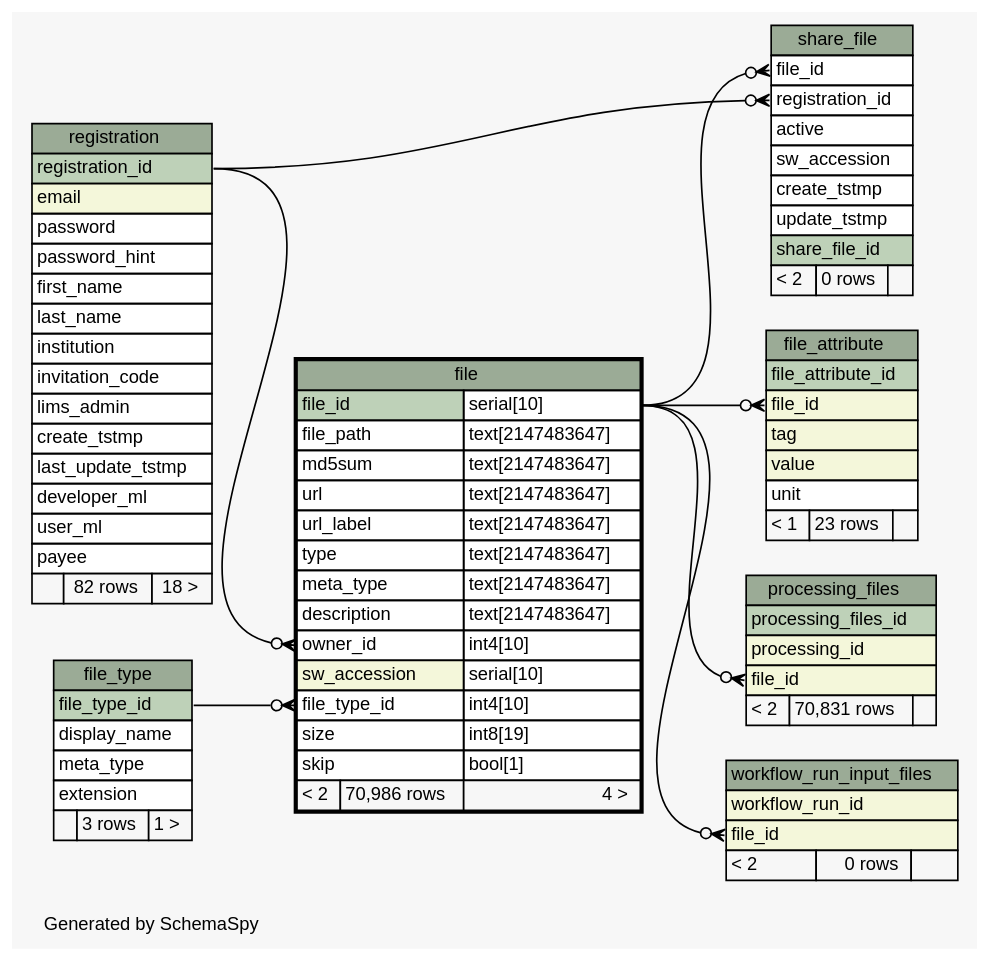
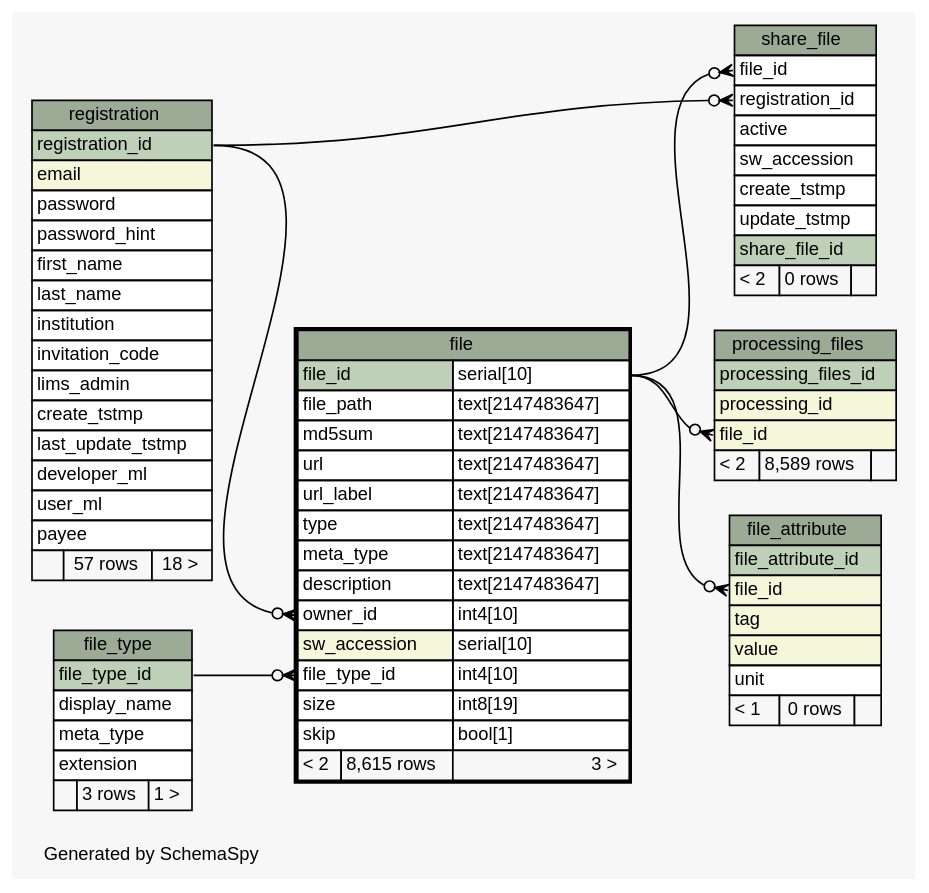
The diagram in metadb-schema/diagrams/file.1degree.dot (SeqWare/seqware.github.com), drawn with Graphviz before and after one commit. The commit also changed 376 other files, not shown here.

```diff
--- a/metadb-schema/diagrams/file.1degree.dot
+++ b/metadb-schema/diagrams/file.1degree.dot
@@ -1,140 +1,128 @@
-// dot 2.26.3 on Linux 3.5.0-47-generic
+// dot 2.32.0 on Mac OS X 10.8.3
 // SchemaSpy rev 590
 digraph "oneDegreeRelationshipsDiagram" {
   graph [
     rankdir="RL"
     bgcolor="#f7f7f7"
     label="\nGenerated by SchemaSpy"
     labeljust="l"
     nodesep="0.18"
     ranksep="0.46"
     fontname="Helvetica"
     fontsize="11"
   ];
   node [
     fontname="Helvetica"
     fontsize="11"
     shape="plaintext"
   ];
   edge [
     arrowsize="0.8"
   ];
   "file":"file_type_id":w -> "file_type":"file_type_id":e [arrowhead=none dir=back arrowtail=crowodot];
   "file":"owner_id":w -> "registration":"registration_id":e [arrowhead=none dir=back arrowtail=crowodot];
   "file_attribute":"file_id":w -> "file":"file_id.type":e [arrowhead=none dir=back arrowtail=crowodot];
   "processing_files":"file_id":w -> "file":"file_id.type":e [arrowhead=none dir=back arrowtail=crowodot];
   "share_file":"file_id":w -> "file":"file_id.type":e [arrowhead=none dir=back arrowtail=crowodot];
   "share_file":"registration_id":w -> "registration":"registration_id":e [arrowhead=none dir=back arrowtail=crowodot];
-  "workflow_run_input_files":"file_id":w -> "file":"file_id.type":e [arrowhead=none dir=back arrowtail=crowodot];
   "file" [
     label=<
     <TABLE BORDER="2" CELLBORDER="1" CELLSPACING="0" BGCOLOR="#ffffff">
       <TR><TD COLSPAN="3" BGCOLOR="#9bab96" ALIGN="CENTER">file</TD></TR>
       <TR><TD PORT="file_id" COLSPAN="2" BGCOLOR="#bed1b8" ALIGN="LEFT">file_id</TD><TD PORT="file_id.type" ALIGN="LEFT">serial[10]</TD></TR>
       <TR><TD PORT="file_path" COLSPAN="2" ALIGN="LEFT">file_path</TD><TD PORT="file_path.type" ALIGN="LEFT">text[2147483647]</TD></TR>
       <TR><TD PORT="md5sum" COLSPAN="2" ALIGN="LEFT">md5sum</TD><TD PORT="md5sum.type" ALIGN="LEFT">text[2147483647]</TD></TR>
       <TR><TD PORT="url" COLSPAN="2" ALIGN="LEFT">url</TD><TD PORT="url.type" ALIGN="LEFT">text[2147483647]</TD></TR>
       <TR><TD PORT="url_label" COLSPAN="2" ALIGN="LEFT">url_label</TD><TD PORT="url_label.type" ALIGN="LEFT">text[2147483647]</TD></TR>
       <TR><TD PORT="type" COLSPAN="2" ALIGN="LEFT">type</TD><TD PORT="type.type" ALIGN="LEFT">text[2147483647]</TD></TR>
       <TR><TD PORT="meta_type" COLSPAN="2" ALIGN="LEFT">meta_type</TD><TD PORT="meta_type.type" ALIGN="LEFT">text[2147483647]</TD></TR>
       <TR><TD PORT="description" COLSPAN="2" ALIGN="LEFT">description</TD><TD PORT="description.type" ALIGN="LEFT">text[2147483647]</TD></TR>
       <TR><TD PORT="owner_id" COLSPAN="2" ALIGN="LEFT">owner_id</TD><TD PORT="owner_id.type" ALIGN="LEFT">int4[10]</TD></TR>
       <TR><TD PORT="sw_accession" COLSPAN="2" BGCOLOR="#f4f7da" ALIGN="LEFT">sw_accession</TD><TD PORT="sw_accession.type" ALIGN="LEFT">serial[10]</TD></TR>
       <TR><TD PORT="file_type_id" COLSPAN="2" ALIGN="LEFT">file_type_id</TD><TD PORT="file_type_id.type" ALIGN="LEFT">int4[10]</TD></TR>
       <TR><TD PORT="size" COLSPAN="2" ALIGN="LEFT">size</TD><TD PORT="size.type" ALIGN="LEFT">int8[19]</TD></TR>
       <TR><TD PORT="skip" COLSPAN="2" ALIGN="LEFT">skip</TD><TD PORT="skip.type" ALIGN="LEFT">bool[1]</TD></TR>
-      <TR><TD ALIGN="LEFT" BGCOLOR="#f7f7f7">&lt; 2</TD><TD ALIGN="RIGHT" BGCOLOR="#f7f7f7">70,986 rows</TD><TD ALIGN="RIGHT" BGCOLOR="#f7f7f7">4 &gt;</TD></TR>
+      <TR><TD ALIGN="LEFT" BGCOLOR="#f7f7f7">&lt; 2</TD><TD ALIGN="RIGHT" BGCOLOR="#f7f7f7">8,615 rows</TD><TD ALIGN="RIGHT" BGCOLOR="#f7f7f7">3 &gt;</TD></TR>
     </TABLE>>
     URL="file.html"
     tooltip="file"
   ];
   "file_attribute" [
     label=<
     <TABLE BORDER="0" CELLBORDER="1" CELLSPACING="0" BGCOLOR="#ffffff">
       <TR><TD COLSPAN="3" BGCOLOR="#9bab96" ALIGN="CENTER">file_attribute</TD></TR>
       <TR><TD PORT="file_attribute_id" COLSPAN="3" BGCOLOR="#bed1b8" ALIGN="LEFT">file_attribute_id</TD></TR>
       <TR><TD PORT="file_id" COLSPAN="3" BGCOLOR="#f4f7da" ALIGN="LEFT">file_id</TD></TR>
       <TR><TD PORT="tag" COLSPAN="3" BGCOLOR="#f4f7da" ALIGN="LEFT">tag</TD></TR>
       <TR><TD PORT="value" COLSPAN="3" BGCOLOR="#f4f7da" ALIGN="LEFT">value</TD></TR>
       <TR><TD PORT="unit" COLSPAN="3" ALIGN="LEFT">unit</TD></TR>
-      <TR><TD ALIGN="LEFT" BGCOLOR="#f7f7f7">&lt; 1</TD><TD ALIGN="RIGHT" BGCOLOR="#f7f7f7">23 rows</TD><TD ALIGN="RIGHT" BGCOLOR="#f7f7f7">  </TD></TR>
+      <TR><TD ALIGN="LEFT" BGCOLOR="#f7f7f7">&lt; 1</TD><TD ALIGN="RIGHT" BGCOLOR="#f7f7f7">0 rows</TD><TD ALIGN="RIGHT" BGCOLOR="#f7f7f7">  </TD></TR>
     </TABLE>>
     URL="file_attribute.html"
     tooltip="file_attribute"
   ];
   "file_type" [
     label=<
     <TABLE BORDER="0" CELLBORDER="1" CELLSPACING="0" BGCOLOR="#ffffff">
       <TR><TD COLSPAN="3" BGCOLOR="#9bab96" ALIGN="CENTER">file_type</TD></TR>
       <TR><TD PORT="file_type_id" COLSPAN="3" BGCOLOR="#bed1b8" ALIGN="LEFT">file_type_id</TD></TR>
       <TR><TD PORT="display_name" COLSPAN="3" ALIGN="LEFT">display_name</TD></TR>
       <TR><TD PORT="meta_type" COLSPAN="3" ALIGN="LEFT">meta_type</TD></TR>
       <TR><TD PORT="extension" COLSPAN="3" ALIGN="LEFT">extension</TD></TR>
       <TR><TD ALIGN="LEFT" BGCOLOR="#f7f7f7">  </TD><TD ALIGN="RIGHT" BGCOLOR="#f7f7f7">3 rows</TD><TD ALIGN="RIGHT" BGCOLOR="#f7f7f7">1 &gt;</TD></TR>
     </TABLE>>
     URL="file_type.html"
     tooltip="file_type"
   ];
   "processing_files" [
     label=<
     <TABLE BORDER="0" CELLBORDER="1" CELLSPACING="0" BGCOLOR="#ffffff">
       <TR><TD COLSPAN="3" BGCOLOR="#9bab96" ALIGN="CENTER">processing_files</TD></TR>
       <TR><TD PORT="processing_files_id" COLSPAN="3" BGCOLOR="#bed1b8" ALIGN="LEFT">processing_files_id</TD></TR>
       <TR><TD PORT="processing_id" COLSPAN="3" BGCOLOR="#f4f7da" ALIGN="LEFT">processing_id</TD></TR>
       <TR><TD PORT="file_id" COLSPAN="3" BGCOLOR="#f4f7da" ALIGN="LEFT">file_id</TD></TR>
-      <TR><TD ALIGN="LEFT" BGCOLOR="#f7f7f7">&lt; 2</TD><TD ALIGN="RIGHT" BGCOLOR="#f7f7f7">70,831 rows</TD><TD ALIGN="RIGHT" BGCOLOR="#f7f7f7">  </TD></TR>
+      <TR><TD ALIGN="LEFT" BGCOLOR="#f7f7f7">&lt; 2</TD><TD ALIGN="RIGHT" BGCOLOR="#f7f7f7">8,589 rows</TD><TD ALIGN="RIGHT" BGCOLOR="#f7f7f7">  </TD></TR>
     </TABLE>>
     URL="processing_files.html"
     tooltip="processing_files"
   ];
   "registration" [
     label=<
     <TABLE BORDER="0" CELLBORDER="1" CELLSPACING="0" BGCOLOR="#ffffff">
       <TR><TD COLSPAN="3" BGCOLOR="#9bab96" ALIGN="CENTER">registration</TD></TR>
       <TR><TD PORT="registration_id" COLSPAN="3" BGCOLOR="#bed1b8" ALIGN="LEFT">registration_id</TD></TR>
       <TR><TD PORT="email" COLSPAN="3" BGCOLOR="#f4f7da" ALIGN="LEFT">email</TD></TR>
       <TR><TD PORT="password" COLSPAN="3" ALIGN="LEFT">password</TD></TR>
       <TR><TD PORT="password_hint" COLSPAN="3" ALIGN="LEFT">password_hint</TD></TR>
       <TR><TD PORT="first_name" COLSPAN="3" ALIGN="LEFT">first_name</TD></TR>
       <TR><TD PORT="last_name" COLSPAN="3" ALIGN="LEFT">last_name</TD></TR>
       <TR><TD PORT="institution" COLSPAN="3" ALIGN="LEFT">institution</TD></TR>
       <TR><TD PORT="invitation_code" COLSPAN="3" ALIGN="LEFT">invitation_code</TD></TR>
       <TR><TD PORT="lims_admin" COLSPAN="3" ALIGN="LEFT">lims_admin</TD></TR>
       <TR><TD PORT="create_tstmp" COLSPAN="3" ALIGN="LEFT">create_tstmp</TD></TR>
       <TR><TD PORT="last_update_tstmp" COLSPAN="3" ALIGN="LEFT">last_update_tstmp</TD></TR>
       <TR><TD PORT="developer_ml" COLSPAN="3" ALIGN="LEFT">developer_ml</TD></TR>
       <TR><TD PORT="user_ml" COLSPAN="3" ALIGN="LEFT">user_ml</TD></TR>
       <TR><TD PORT="payee" COLSPAN="3" ALIGN="LEFT">payee</TD></TR>
-      <TR><TD ALIGN="LEFT" BGCOLOR="#f7f7f7">  </TD><TD ALIGN="RIGHT" BGCOLOR="#f7f7f7">82 rows</TD><TD ALIGN="RIGHT" BGCOLOR="#f7f7f7">18 &gt;</TD></TR>
+      <TR><TD ALIGN="LEFT" BGCOLOR="#f7f7f7">  </TD><TD ALIGN="RIGHT" BGCOLOR="#f7f7f7">57 rows</TD><TD ALIGN="RIGHT" BGCOLOR="#f7f7f7">18 &gt;</TD></TR>
     </TABLE>>
     URL="registration.html"
     tooltip="registration"
   ];
   "share_file" [
     label=<
     <TABLE BORDER="0" CELLBORDER="1" CELLSPACING="0" BGCOLOR="#ffffff">
       <TR><TD COLSPAN="3" BGCOLOR="#9bab96" ALIGN="CENTER">share_file</TD></TR>
       <TR><TD PORT="file_id" COLSPAN="3" ALIGN="LEFT">file_id</TD></TR>
       <TR><TD PORT="registration_id" COLSPAN="3" ALIGN="LEFT">registration_id</TD></TR>
       <TR><TD PORT="active" COLSPAN="3" ALIGN="LEFT">active</TD></TR>
       <TR><TD PORT="sw_accession" COLSPAN="3" ALIGN="LEFT">sw_accession</TD></TR>
       <TR><TD PORT="create_tstmp" COLSPAN="3" ALIGN="LEFT">create_tstmp</TD></TR>
       <TR><TD PORT="update_tstmp" COLSPAN="3" ALIGN="LEFT">update_tstmp</TD></TR>
       <TR><TD PORT="share_file_id" COLSPAN="3" BGCOLOR="#bed1b8" ALIGN="LEFT">share_file_id</TD></TR>
       <TR><TD ALIGN="LEFT" BGCOLOR="#f7f7f7">&lt; 2</TD><TD ALIGN="RIGHT" BGCOLOR="#f7f7f7">0 rows</TD><TD ALIGN="RIGHT" BGCOLOR="#f7f7f7">  </TD></TR>
     </TABLE>>
     URL="share_file.html"
     tooltip="share_file"
   ];
-  "workflow_run_input_files" [
-    label=<
-    <TABLE BORDER="0" CELLBORDER="1" CELLSPACING="0" BGCOLOR="#ffffff">
-      <TR><TD COLSPAN="3" BGCOLOR="#9bab96" ALIGN="CENTER">workflow_run_input_files</TD></TR>
-      <TR><TD PORT="workflow_run_id" COLSPAN="3" BGCOLOR="#f4f7da" ALIGN="LEFT">workflow_run_id</TD></TR>
-      <TR><TD PORT="file_id" COLSPAN="3" BGCOLOR="#f4f7da" ALIGN="LEFT">file_id</TD></TR>
-      <TR><TD ALIGN="LEFT" BGCOLOR="#f7f7f7">&lt; 2</TD><TD ALIGN="RIGHT" BGCOLOR="#f7f7f7">0 rows</TD><TD ALIGN="RIGHT" BGCOLOR="#f7f7f7">  </TD></TR>
-    </TABLE>>
-    URL="workflow_run_input_files.html"
-    tooltip="workflow_run_input_files"
-  ];
 }
```
